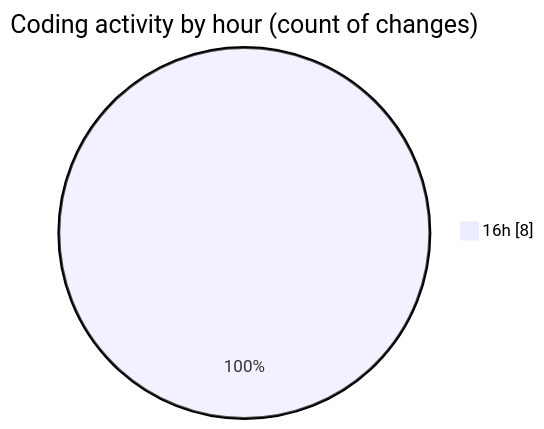
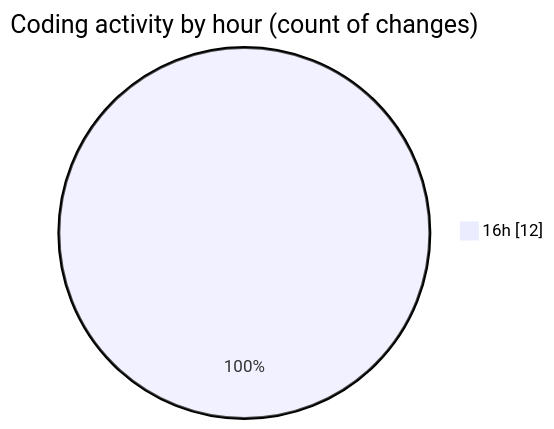
One commit to EIIisD/code-tracking changed the second of 2 diagrams in 2025-08-05/tw-server/README.md. Above: the diagram before and after it, drawn with Mermaid. The commit also changed other lines of this file and 1 other file, not shown here.

````diff
--- a/2025-08-05/tw-server/README.md
+++ b/2025-08-05/tw-server/README.md
@@ -32,5 +35,5 @@
 ```mermaid
 pie showData
 title Coding activity by hour (count of changes)
-"16h" : 8
+"16h" : 12
 ```
````
